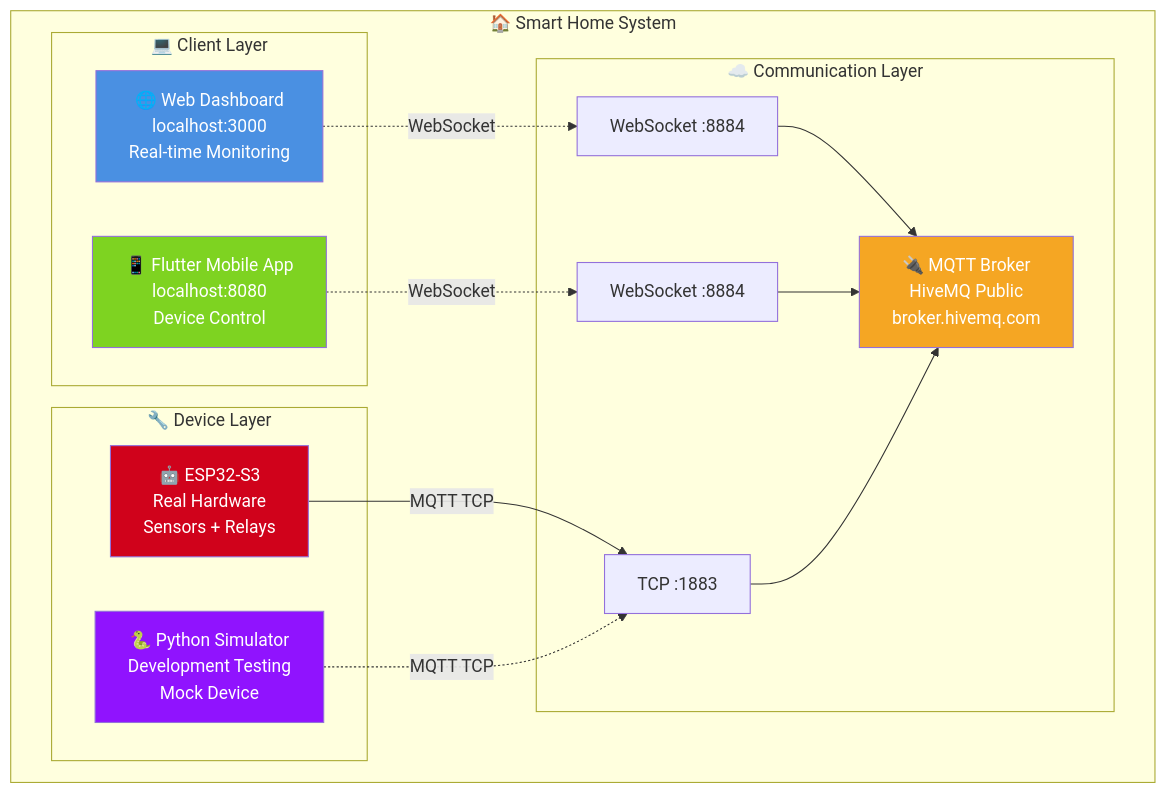
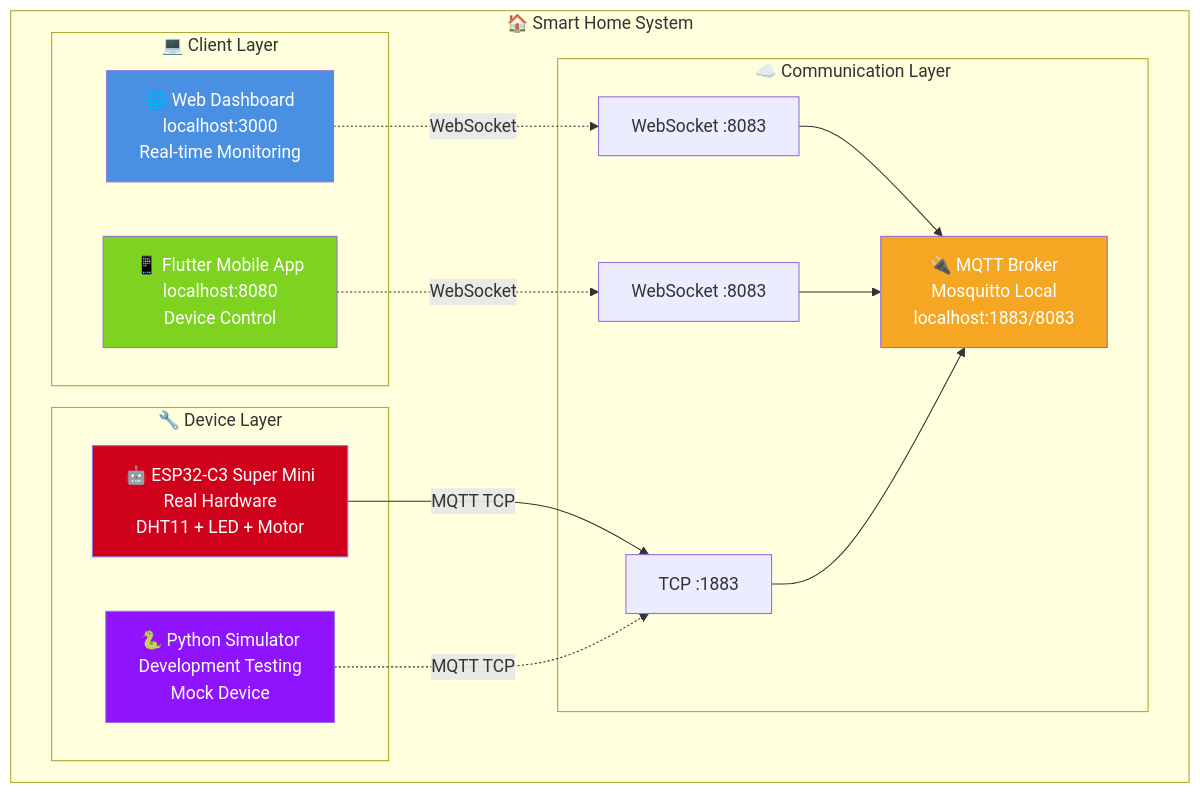
Before and after one commit to EurusDFIR/iot_lab5_monitor: the diagram in README.md, drawn with Mermaid. The commit also changed other lines of this file, not shown here.

First line of the commit message:
Complete update: Replace HiveMQ with local Mosquitto, ESP32-S3 with ESP32-C3

````diff
--- a/README.md
+++ b/README.md
@@ -75,35 +75,35 @@
 ```mermaid
 graph TB
     subgraph "🏠 Smart Home System"
         subgraph "💻 Client Layer"
             WEB[🌐 Web Dashboard<br/>localhost:3000<br/>Real-time Monitoring]
             APP[📱 Flutter Mobile App<br/>localhost:8080<br/>Device Control]
         end
 
         subgraph "☁️ Communication Layer"
-            BROKER[🔌 MQTT Broker<br/>HiveMQ Public<br/>broker.hivemq.com]
-            WS1[WebSocket :8884]
-            WS2[WebSocket :8884]
+            BROKER[🔌 MQTT Broker<br/>Mosquitto Local<br/>localhost:1883/8083]
+            WS1[WebSocket :8083]
+            WS2[WebSocket :8083]
             TCP[TCP :1883]
         end
 
         subgraph "🔧 Device Layer"
-            ESP[🤖 ESP32-S3<br/>Real Hardware<br/>Sensors + Relays]
+            ESP[🤖 ESP32-C3 Super Mini<br/>Real Hardware<br/>DHT11 + LED + Motor]
             SIM[🐍 Python Simulator<br/>Development Testing<br/>Mock Device]
         end
     end
 
     WEB -.->|WebSocket| WS1
     APP -.->|WebSocket| WS2
     WS1 --> BROKER
     WS2 --> BROKER
     ESP -->|MQTT TCP| TCP
     SIM -.->|MQTT TCP| TCP
     TCP --> BROKER
 
     style WEB fill:#4A90E2,color:#fff
     style APP fill:#7ED321,color:#fff
     style BROKER fill:#F5A623,color:#fff
     style ESP fill:#D0021B,color:#fff
     style SIM fill:#9013FE,color:#fff
 ```
````
